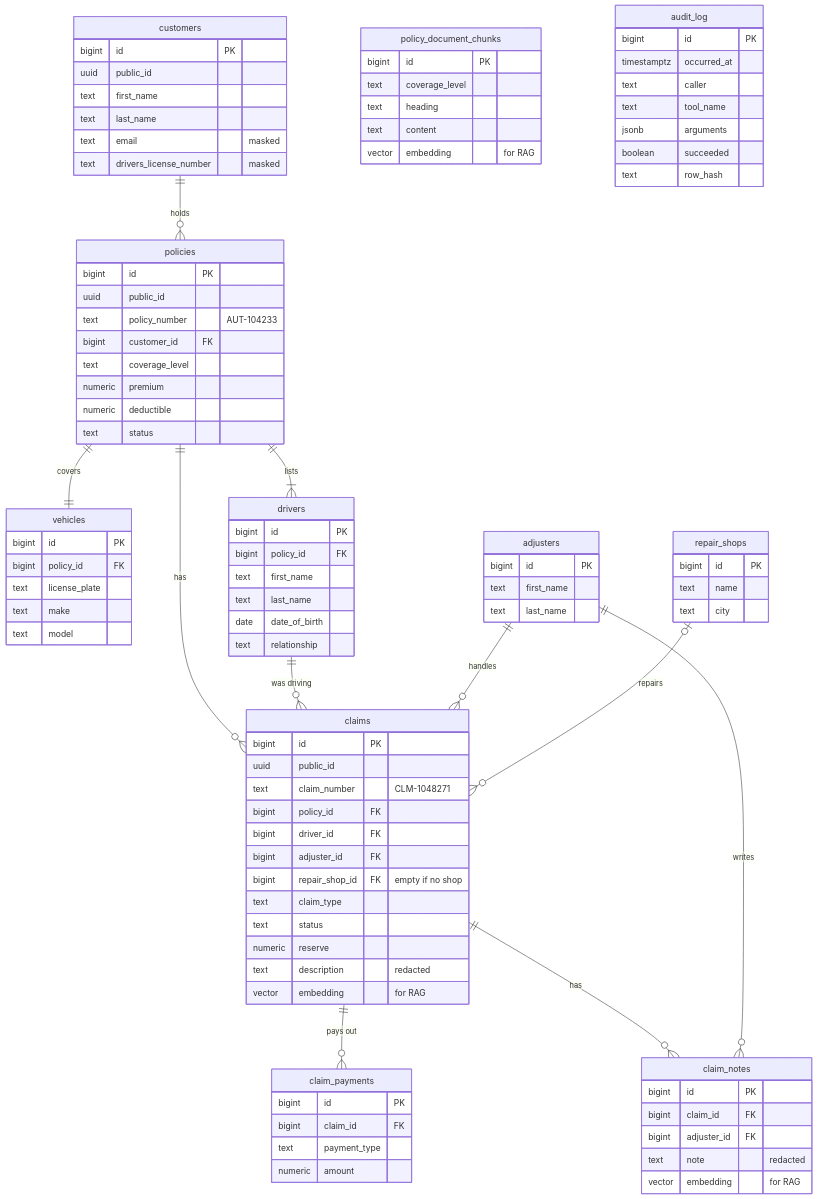
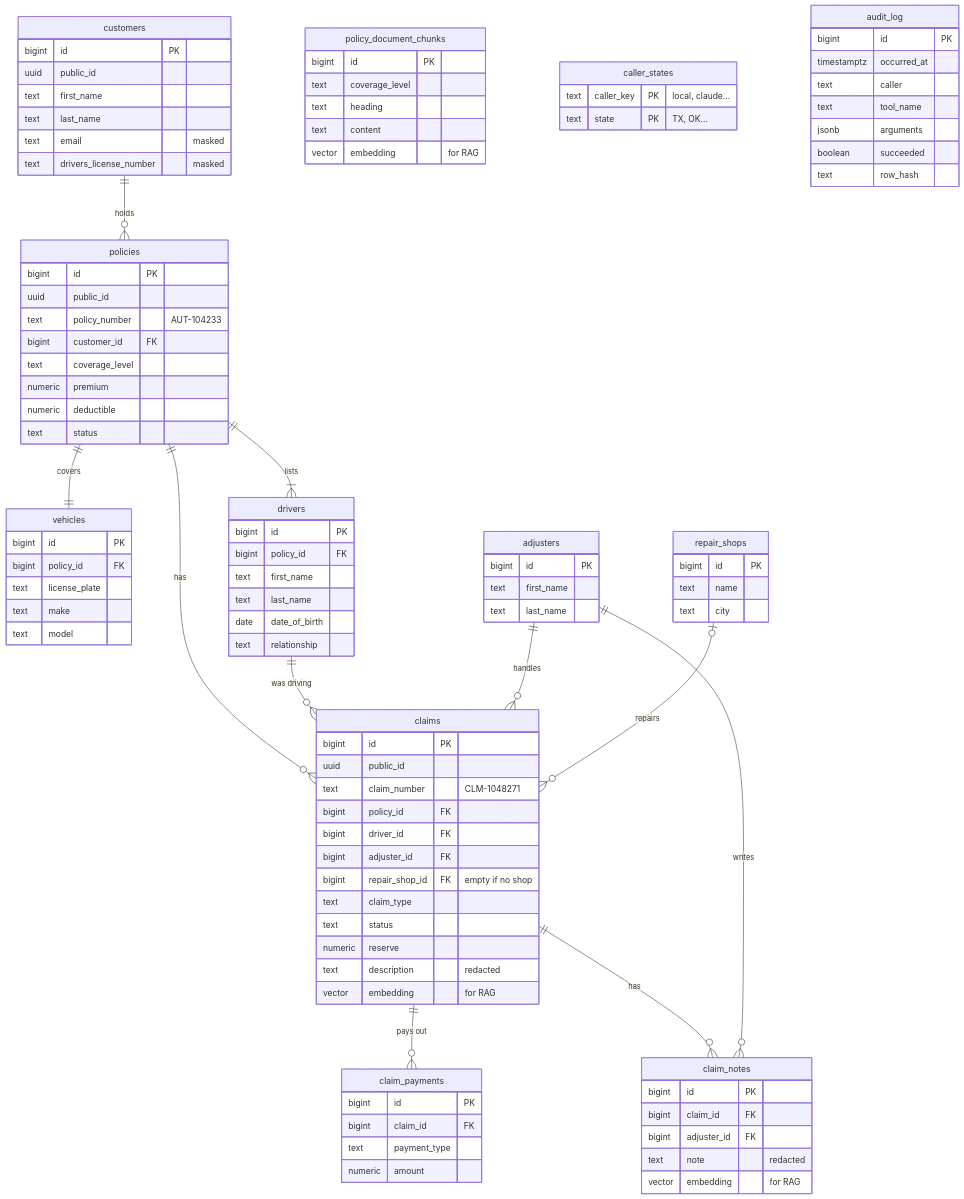
One commit to Code-Express-AI/insurance-mcp-python changed the diagram in docs/guides/01-database.md. Above: the diagram before and after it, drawn with Mermaid. The commit also changed other lines of this file and 24 other files, not shown here.

```diff
--- a/docs/guides/01-database.md
+++ b/docs/guides/01-database.md
@@ -226,6 +235,10 @@
         text content
         vector embedding "for RAG"
     }
+    caller_states {
+        text caller_key PK "local, claude..."
+        text state PK "TX, OK..."
+    }
     audit_log {
         bigint id PK
         timestamptz occurred_at
```
